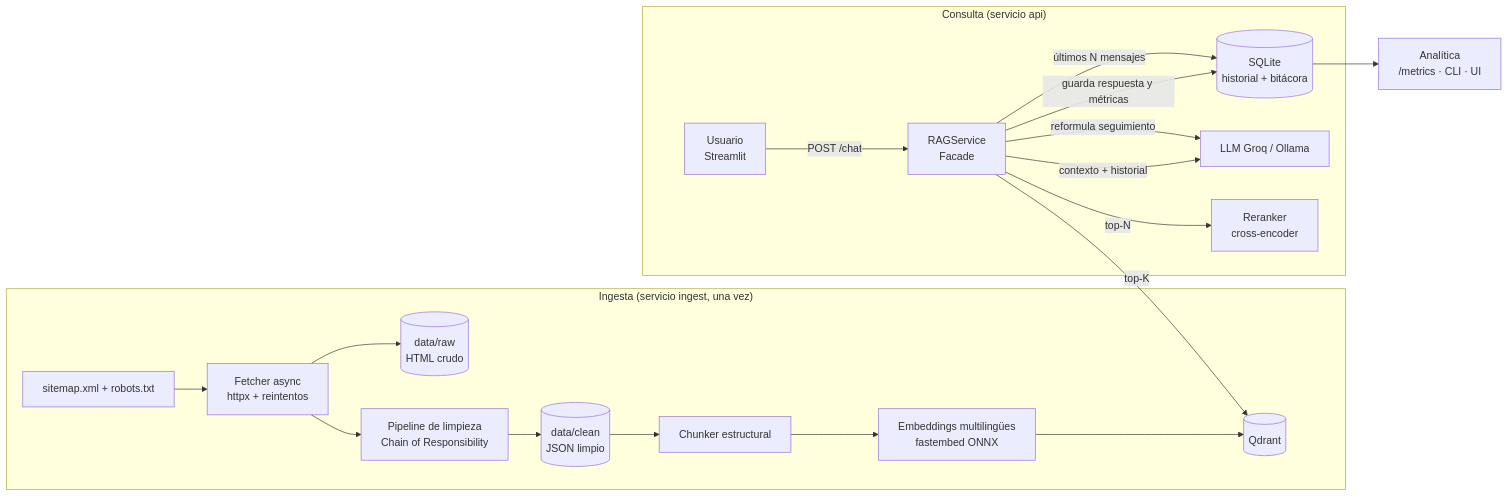
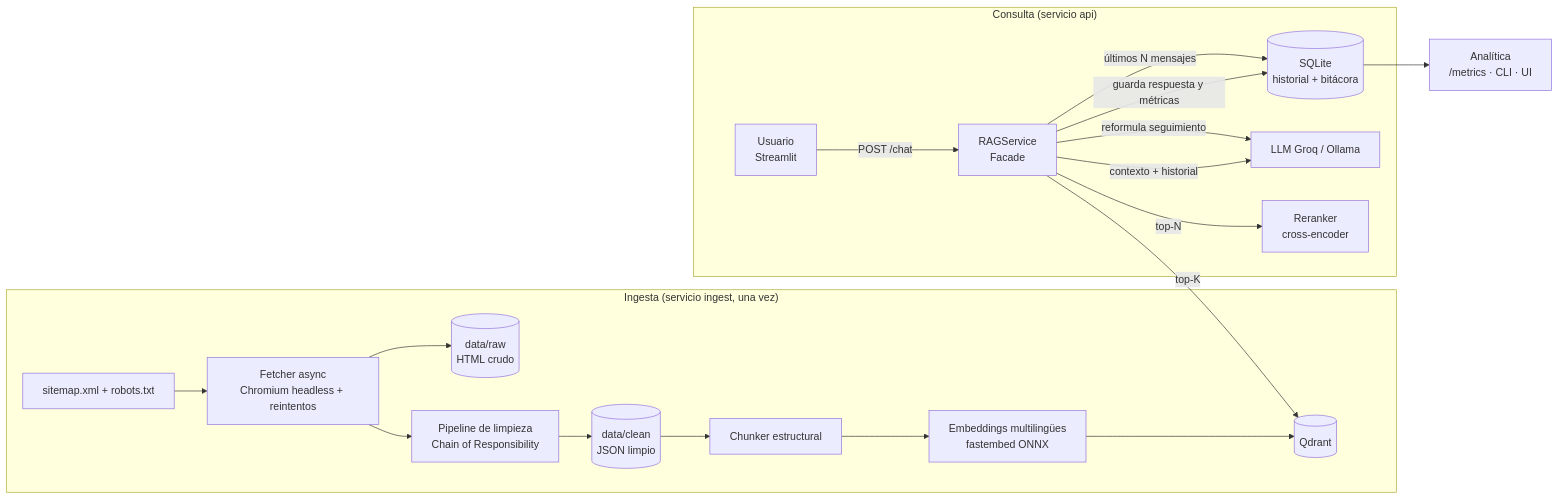
Before and after one commit to Osquitar12/bbva-rag-assistant: the diagram in README.md, drawn with Mermaid. The commit also changed other lines of this file and 9 other files, not shown here.

````diff
--- a/README.md
+++ b/README.md
@@ -34,24 +34,24 @@
 ```mermaid
 flowchart LR
     subgraph Ingesta["Ingesta (servicio ingest, una vez)"]
-        A[sitemap.xml + robots.txt] --> B[Fetcher async<br/>httpx + reintentos]
+        A[sitemap.xml + robots.txt] --> B[Fetcher async<br/>Chromium headless + reintentos]
         B --> C[(data/raw<br/>HTML crudo)]
         B --> D[Pipeline de limpieza<br/>Chain of Responsibility]
         D --> E[(data/clean<br/>JSON limpio)]
         E --> F[Chunker estructural]
         F --> G[Embeddings multilingües<br/>fastembed ONNX]
         G --> H[(Qdrant)]
     end
 
     subgraph Consulta["Consulta (servicio api)"]
         U[Usuario<br/>Streamlit] -->|POST /chat| S[RAGService<br/>Facade]
         S -->|últimos N mensajes| M[(SQLite<br/>historial + bitácora)]
         S -->|reformula seguimiento| L[LLM Groq / Ollama]
         S -->|top-K| H
         S -->|top-N| R[Reranker<br/>cross-encoder]
         S -->|contexto + historial| L
         S -->|guarda respuesta y métricas| M
     end
 
     M --> X[Analítica<br/>/metrics · CLI · UI]
 ```
````
